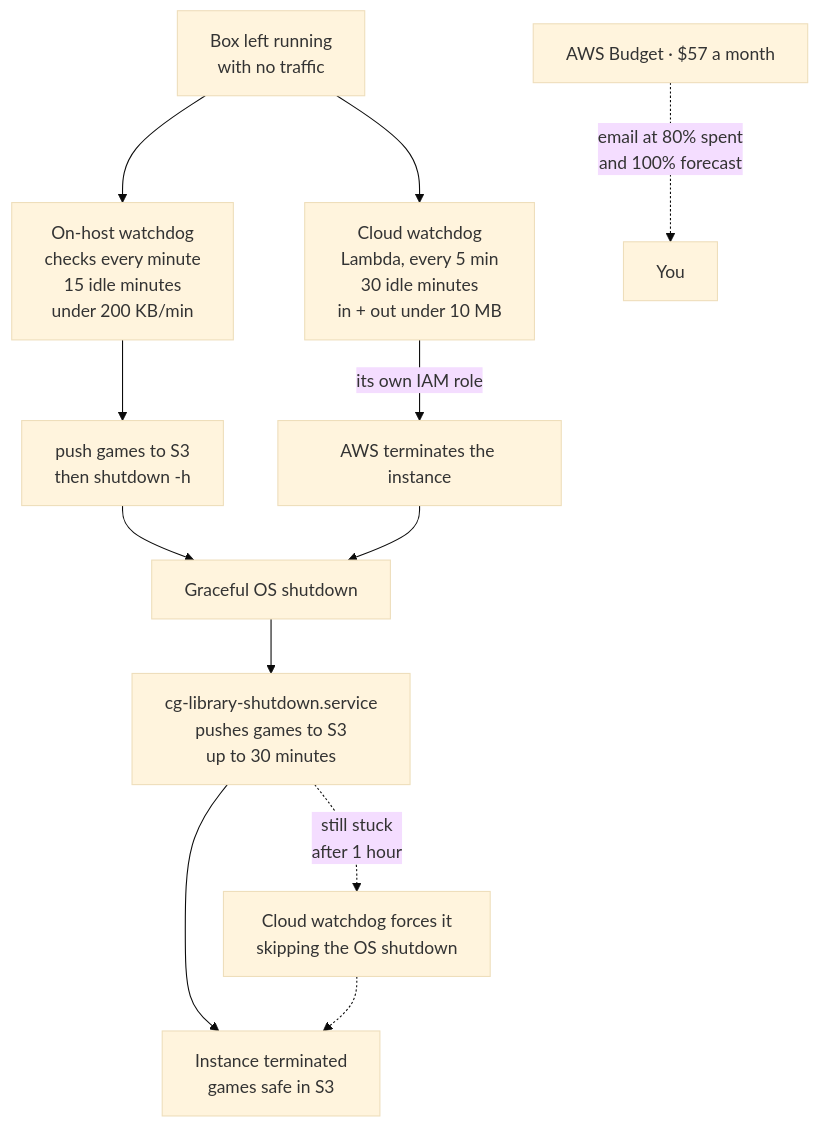
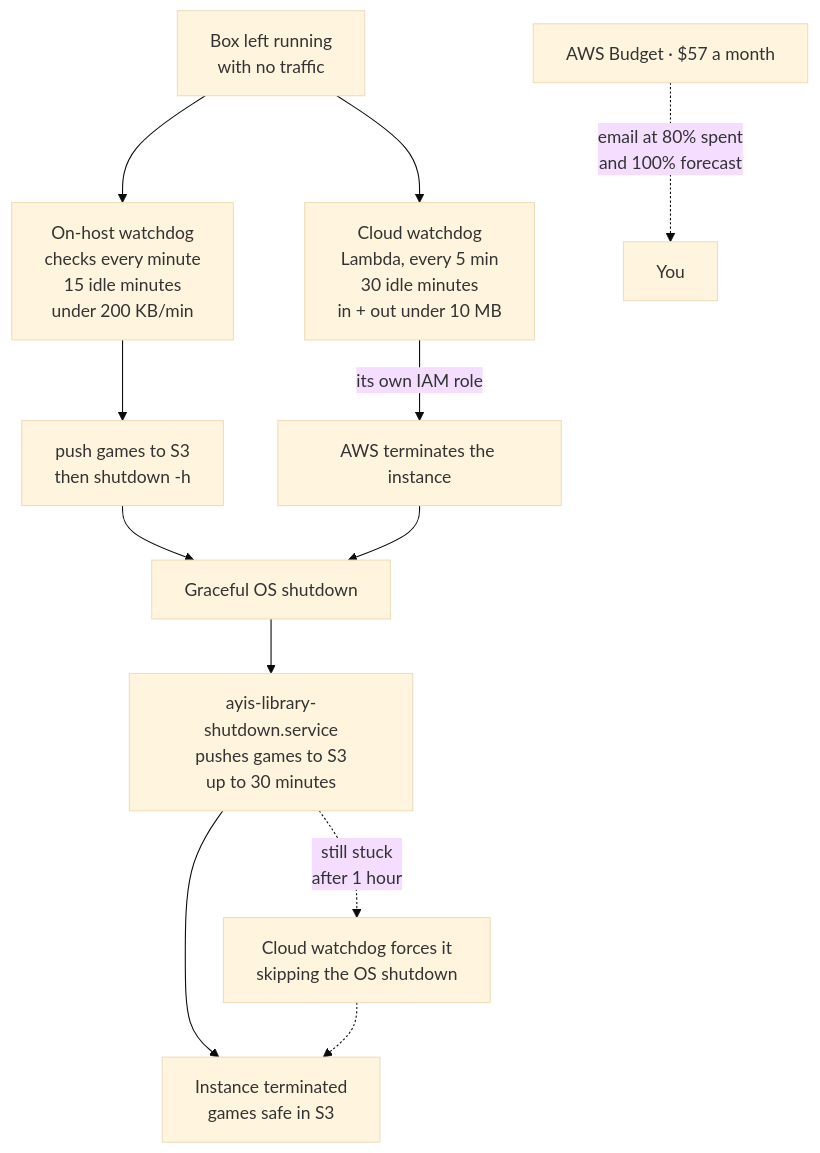
The seventh of 9 diagrams in docs/architecture.md (jebin2/aws_cloud_gaming), drawn with Mermaid (base theme) before and after one commit. The commit also changed other lines of this file and 334 other files, not shown here.

````diff
--- a/docs/architecture.md
+++ b/docs/architecture.md
@@ -250,19 +250,19 @@
 ```mermaid
 flowchart TB
   idle["Box left running<br/>with no traffic"]
 
   idle --> g2["On-host watchdog<br/>checks every minute<br/>15 idle minutes<br/>under 200 KB/min"]
   idle --> g4["Cloud watchdog<br/>Lambda, every 5 min<br/>30 idle minutes<br/>in + out under 10 MB"]
 
   g2 --> p2["push games to S3<br/>then shutdown -h"]
   g4 -->|"its own IAM role"| api["AWS terminates the instance"]
 
   p2 --> os["Graceful OS shutdown"]
   api --> os
-  os --> push["cg-library-shutdown.service<br/>pushes games to S3<br/>up to 30 minutes"]
+  os --> push["ayis-library-shutdown.service<br/>pushes games to S3<br/>up to 30 minutes"]
   push --> gone["Instance terminated<br/>games safe in S3"]
   push -.->|"still stuck<br/>after 1 hour"| force["Cloud watchdog forces it<br/>skipping the OS shutdown"]
   force -.-> gone
 
   bud["AWS Budget · $57 a month"] -.->|"email at 80% spent<br/>and 100% forecast"| you["You"]
 ```
````
